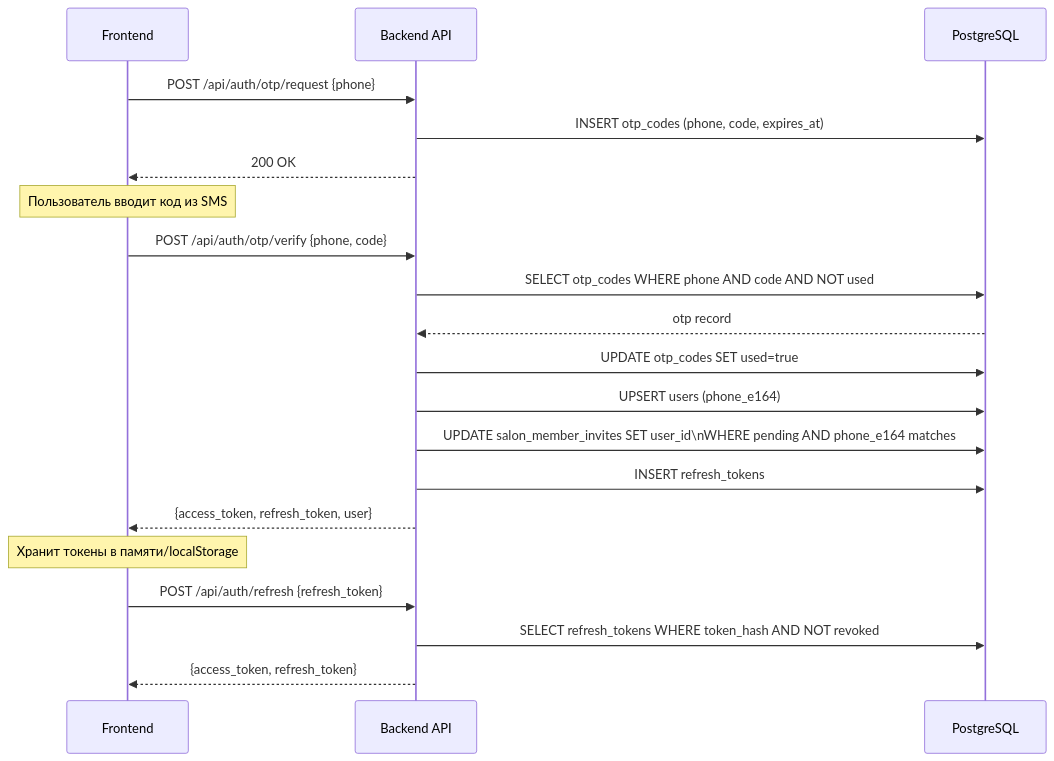
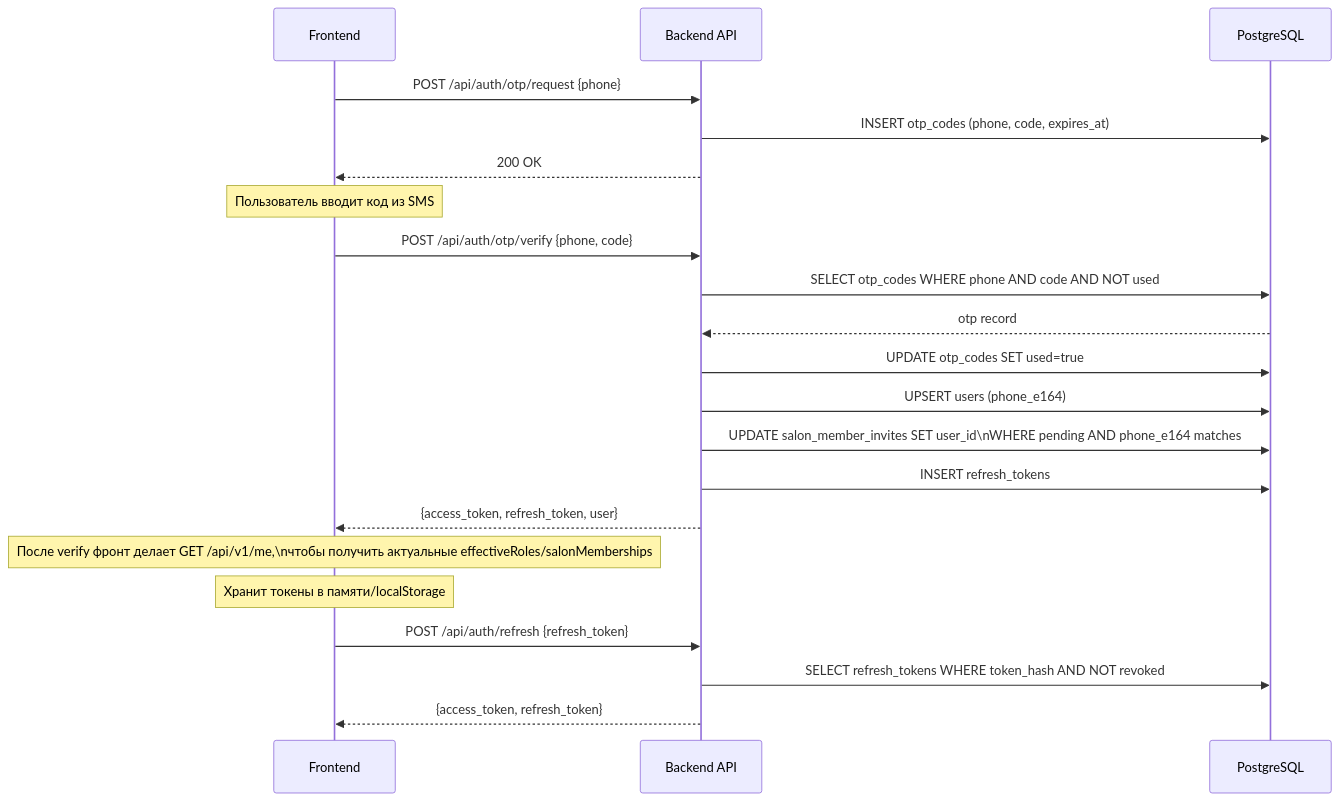
One commit to vvnezapnopwnz1/beauty-marketplace changed the first of 6 diagrams in docs/vault/architecture/api-flows.md. Above: the diagram before and after it, drawn with Mermaid. The commit also changed other lines of this file and 4 other files, not shown here.

````diff
--- a/docs/vault/architecture/api-flows.md
+++ b/docs/vault/architecture/api-flows.md
@@ -17,27 +17,29 @@
 ```mermaid
 sequenceDiagram
     participant FE as Frontend
     participant API as Backend API
     participant DB as PostgreSQL
 
     FE->>API: POST /api/auth/otp/request {phone}
     API->>DB: INSERT otp_codes (phone, code, expires_at)
     API-->>FE: 200 OK
 
     Note over FE: Пользователь вводит код из SMS
 
     FE->>API: POST /api/auth/otp/verify {phone, code}
     API->>DB: SELECT otp_codes WHERE phone AND code AND NOT used
     DB-->>API: otp record
     API->>DB: UPDATE otp_codes SET used=true
     API->>DB: UPSERT users (phone_e164)
     API->>DB: UPDATE salon_member_invites SET user_id\nWHERE pending AND phone_e164 matches
     API->>DB: INSERT refresh_tokens
     API-->>FE: {access_token, refresh_token, user}
 
+    Note over FE: После verify фронт делает GET /api/v1/me,\nчтобы получить актуальные effectiveRoles/salonMemberships
+
     Note over FE: Хранит токены в памяти/localStorage
 
     FE->>API: POST /api/auth/refresh {refresh_token}
     API->>DB: SELECT refresh_tokens WHERE token_hash AND NOT revoked
     API-->>FE: {access_token, refresh_token}
 ```
````
